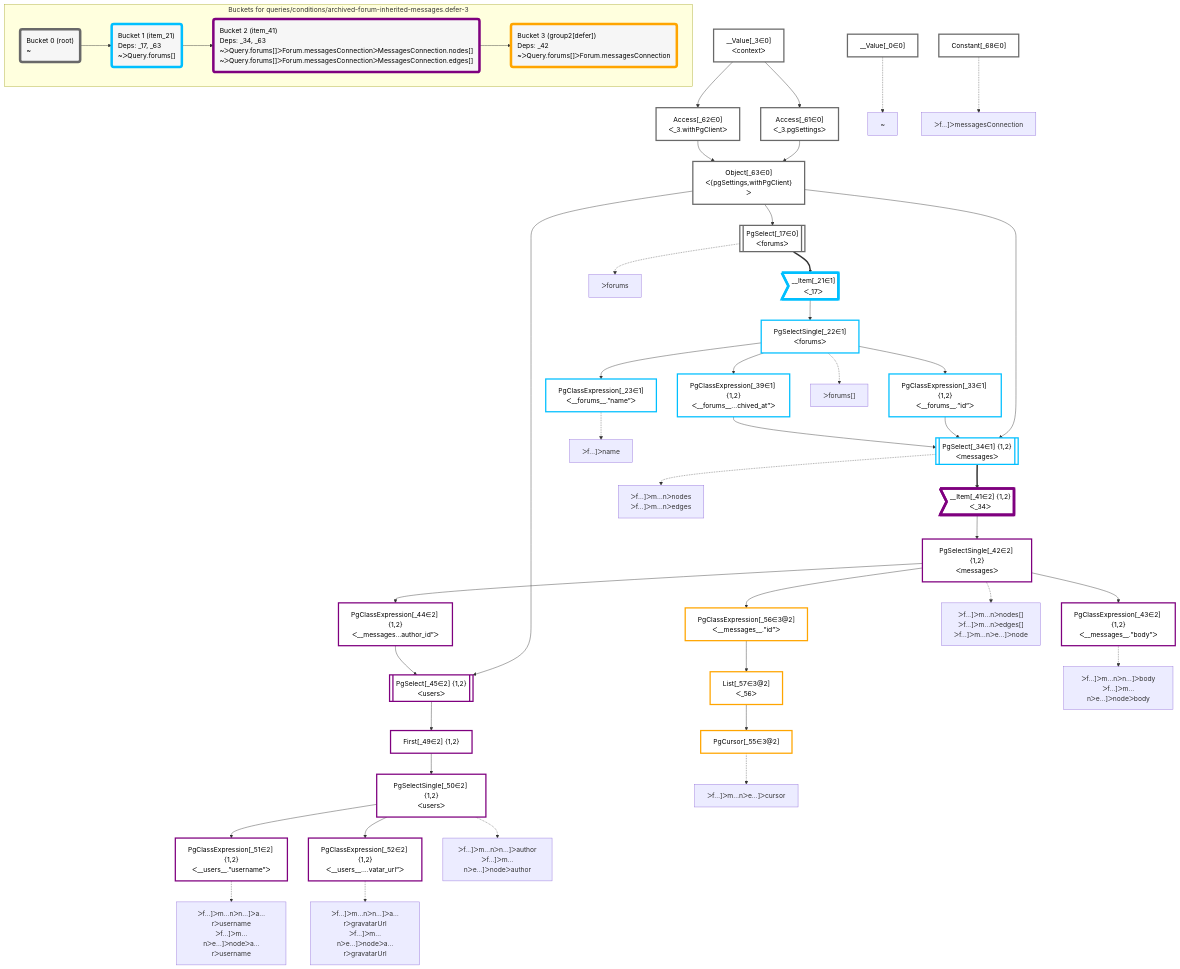
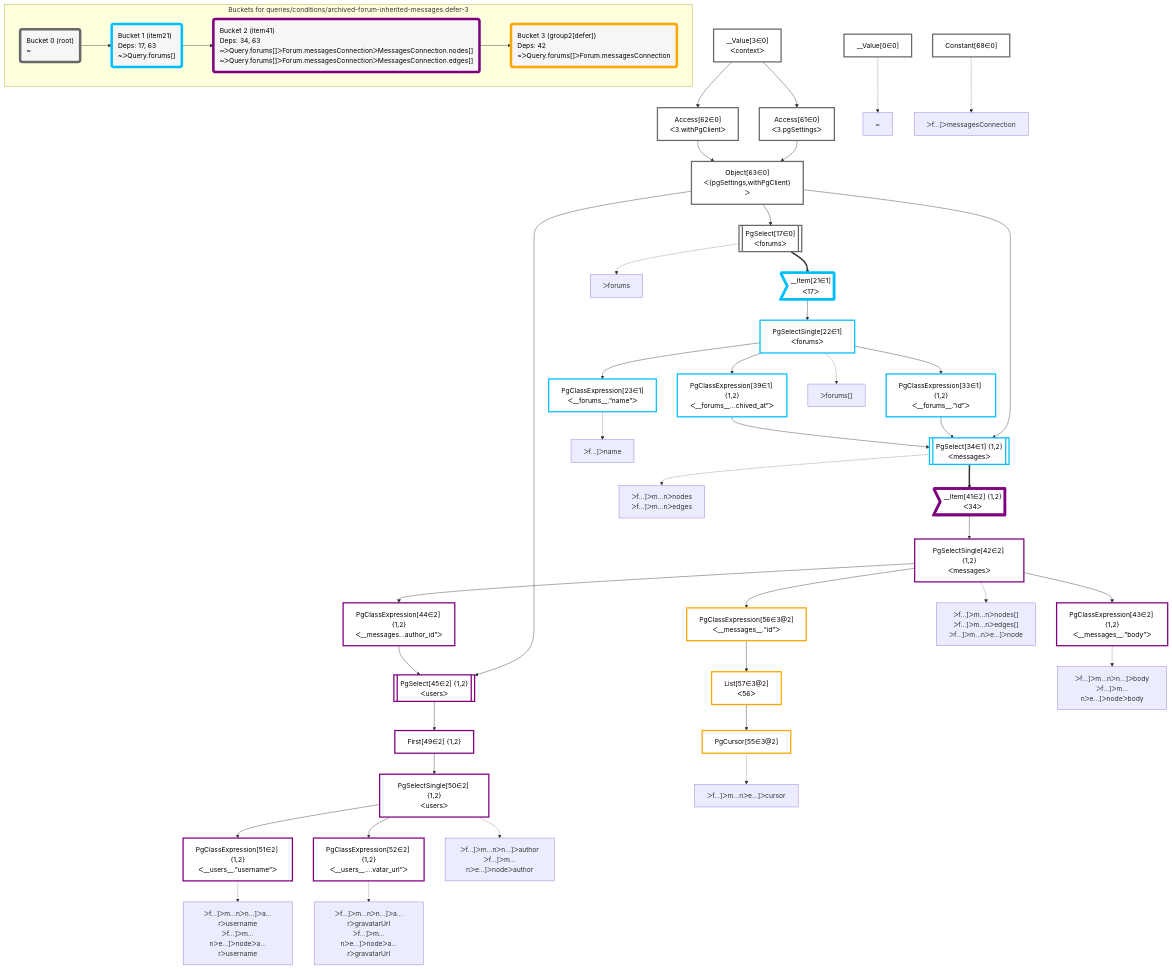
Before and after one commit to graphile/crystal: the diagram in packages/dataplan-pg/__tests__/queries/conditions/archived-forum-inherited-messages.defer-3.deopt.mermaid.md, drawn with Mermaid. The commit also changed 195 other files, not shown here.

```diff
--- a/packages/dataplan-pg/__tests__/queries/conditions/archived-forum-inherited-messages.defer-3.deopt.mermaid.md
+++ b/packages/dataplan-pg/__tests__/queries/conditions/archived-forum-inherited-messages.defer-3.deopt.mermaid.md
@@ -8,95 +8,95 @@
 
 
     %% define plans
-    __Value_0["__Value[_0∈0]"]:::plan
-    PgClassExpression_23["PgClassExpression[_23∈1]<br />ᐸ__forums__.”name”ᐳ"]:::plan
-    PgClassExpression_43["PgClassExpression[_43∈2] {1,2}<br />ᐸ__messages__.”body”ᐳ"]:::plan
-    PgClassExpression_51["PgClassExpression[_51∈2] {1,2}<br />ᐸ__users__.”username”ᐳ"]:::plan
-    PgClassExpression_52["PgClassExpression[_52∈2] {1,2}<br />ᐸ__users__....vatar_url”ᐳ"]:::plan
-    PgSelectSingle_50["PgSelectSingle[_50∈2] {1,2}<br />ᐸusersᐳ"]:::plan
-    First_49["First[_49∈2] {1,2}"]:::plan
-    PgSelect_45[["PgSelect[_45∈2] {1,2}<br />ᐸusersᐳ"]]:::plan
-    PgClassExpression_44["PgClassExpression[_44∈2] {1,2}<br />ᐸ__messages...author_id”ᐳ"]:::plan
-    PgCursor_55["PgCursor[_55∈3@2]"]:::plan
-    List_57["List[_57∈3@2]<br />ᐸ_56ᐳ"]:::plan
-    PgClassExpression_56["PgClassExpression[_56∈3@2]<br />ᐸ__messages__.”id”ᐳ"]:::plan
-    PgSelectSingle_42["PgSelectSingle[_42∈2] {1,2}<br />ᐸmessagesᐳ"]:::plan
-    __Item_41>"__Item[_41∈2] {1,2}<br />ᐸ_34ᐳ"]:::itemplan
-    PgSelect_34[["PgSelect[_34∈1] {1,2}<br />ᐸmessagesᐳ"]]:::plan
-    PgClassExpression_33["PgClassExpression[_33∈1] {1,2}<br />ᐸ__forums__.”id”ᐳ"]:::plan
-    PgClassExpression_39["PgClassExpression[_39∈1] {1,2}<br />ᐸ__forums__...chived_at”ᐳ"]:::plan
-    PgSelectSingle_22["PgSelectSingle[_22∈1]<br />ᐸforumsᐳ"]:::plan
-    __Item_21>"__Item[_21∈1]<br />ᐸ_17ᐳ"]:::itemplan
-    PgSelect_17[["PgSelect[_17∈0]<br />ᐸforumsᐳ"]]:::plan
-    Object_63["Object[_63∈0]<br />ᐸ{pgSettings,withPgClient}ᐳ"]:::plan
-    Access_61["Access[_61∈0]<br />ᐸ_3.pgSettingsᐳ"]:::plan
-    Access_62["Access[_62∈0]<br />ᐸ_3.withPgClientᐳ"]:::plan
-    __Value_3["__Value[_3∈0]<br />ᐸcontextᐳ"]:::plan
-    Constant_68["Constant[_68∈0]"]:::plan
+    __Value0["__Value[0∈0]"]:::plan
+    PgClassExpression23["PgClassExpression[23∈1]<br />ᐸ__forums__.”name”ᐳ"]:::plan
+    PgClassExpression43["PgClassExpression[43∈2] {1,2}<br />ᐸ__messages__.”body”ᐳ"]:::plan
+    PgClassExpression51["PgClassExpression[51∈2] {1,2}<br />ᐸ__users__.”username”ᐳ"]:::plan
+    PgClassExpression52["PgClassExpression[52∈2] {1,2}<br />ᐸ__users__....vatar_url”ᐳ"]:::plan
+    PgSelectSingle50["PgSelectSingle[50∈2] {1,2}<br />ᐸusersᐳ"]:::plan
+    First49["First[49∈2] {1,2}"]:::plan
+    PgSelect45[["PgSelect[45∈2] {1,2}<br />ᐸusersᐳ"]]:::plan
+    PgClassExpression44["PgClassExpression[44∈2] {1,2}<br />ᐸ__messages...author_id”ᐳ"]:::plan
+    PgCursor55["PgCursor[55∈3@2]"]:::plan
+    List57["List[57∈3@2]<br />ᐸ56ᐳ"]:::plan
+    PgClassExpression56["PgClassExpression[56∈3@2]<br />ᐸ__messages__.”id”ᐳ"]:::plan
+    PgSelectSingle42["PgSelectSingle[42∈2] {1,2}<br />ᐸmessagesᐳ"]:::plan
+    __Item41>"__Item[41∈2] {1,2}<br />ᐸ34ᐳ"]:::itemplan
+    PgSelect34[["PgSelect[34∈1] {1,2}<br />ᐸmessagesᐳ"]]:::plan
+    PgClassExpression33["PgClassExpression[33∈1] {1,2}<br />ᐸ__forums__.”id”ᐳ"]:::plan
+    PgClassExpression39["PgClassExpression[39∈1] {1,2}<br />ᐸ__forums__...chived_at”ᐳ"]:::plan
+    PgSelectSingle22["PgSelectSingle[22∈1]<br />ᐸforumsᐳ"]:::plan
+    __Item21>"__Item[21∈1]<br />ᐸ17ᐳ"]:::itemplan
+    PgSelect17[["PgSelect[17∈0]<br />ᐸforumsᐳ"]]:::plan
+    Object63["Object[63∈0]<br />ᐸ{pgSettings,withPgClient}ᐳ"]:::plan
+    Access61["Access[61∈0]<br />ᐸ3.pgSettingsᐳ"]:::plan
+    Access62["Access[62∈0]<br />ᐸ3.withPgClientᐳ"]:::plan
+    __Value3["__Value[3∈0]<br />ᐸcontextᐳ"]:::plan
+    Constant68["Constant[68∈0]"]:::plan
 
     %% plan dependencies
-    PgSelectSingle_22 --> PgClassExpression_23
-    PgSelectSingle_42 --> PgClassExpression_43
-    PgSelectSingle_50 --> PgClassExpression_51
-    PgSelectSingle_50 --> PgClassExpression_52
-    First_49 --> PgSelectSingle_50
-    PgSelect_45 --> First_49
-    Object_63 & PgClassExpression_44 --> PgSelect_45
-    PgSelectSingle_42 --> PgClassExpression_44
-    List_57 --> PgCursor_55
-    PgClassExpression_56 --> List_57
-    PgSelectSingle_42 --> PgClassExpression_56
-    __Item_41 --> PgSelectSingle_42
-    PgSelect_34 ==> __Item_41
-    Object_63 & PgClassExpression_33 & PgClassExpression_39 --> PgSelect_34
-    PgSelectSingle_22 --> PgClassExpression_33
-    PgSelectSingle_22 --> PgClassExpression_39
-    __Item_21 --> PgSelectSingle_22
-    PgSelect_17 ==> __Item_21
-    Object_63 --> PgSelect_17
-    Access_61 & Access_62 --> Object_63
-    __Value_3 --> Access_61
-    __Value_3 --> Access_62
+    PgSelectSingle22 --> PgClassExpression23
+    PgSelectSingle42 --> PgClassExpression43
+    PgSelectSingle50 --> PgClassExpression51
+    PgSelectSingle50 --> PgClassExpression52
+    First49 --> PgSelectSingle50
+    PgSelect45 --> First49
+    Object63 & PgClassExpression44 --> PgSelect45
+    PgSelectSingle42 --> PgClassExpression44
+    List57 --> PgCursor55
+    PgClassExpression56 --> List57
+    PgSelectSingle42 --> PgClassExpression56
+    __Item41 --> PgSelectSingle42
+    PgSelect34 ==> __Item41
+    Object63 & PgClassExpression33 & PgClassExpression39 --> PgSelect34
+    PgSelectSingle22 --> PgClassExpression33
+    PgSelectSingle22 --> PgClassExpression39
+    __Item21 --> PgSelectSingle22
+    PgSelect17 ==> __Item21
+    Object63 --> PgSelect17
+    Access61 & Access62 --> Object63
+    __Value3 --> Access61
+    __Value3 --> Access62
 
     %% plan-to-path relationships
-    P_0["~"]
-    __Value_0 -.-> P_0
-    P_17["ᐳforums"]
-    PgSelect_17 -.-> P_17
-    P_22["ᐳforums[]"]
-    PgSelectSingle_22 -.-> P_22
-    P_23["ᐳf…]ᐳname"]
-    PgClassExpression_23 -.-> P_23
-    P_34["ᐳf…]ᐳm…nᐳnodes<br />ᐳf…]ᐳm…nᐳedges"]
-    PgSelect_34 -.-> P_34
-    P_42["ᐳf…]ᐳm…nᐳnodes[]<br />ᐳf…]ᐳm…nᐳedges[]<br />ᐳf…]ᐳm…nᐳe…]ᐳnode"]
-    PgSelectSingle_42 -.-> P_42
-    P_43["ᐳf…]ᐳm…nᐳn…]ᐳbody<br />ᐳf…]ᐳm…nᐳe…]ᐳnodeᐳbody"]
-    PgClassExpression_43 -.-> P_43
-    P_50["ᐳf…]ᐳm…nᐳn…]ᐳauthor<br />ᐳf…]ᐳm…nᐳe…]ᐳnodeᐳauthor"]
-    PgSelectSingle_50 -.-> P_50
-    P_51["ᐳf…]ᐳm…nᐳn…]ᐳa…rᐳusername<br />ᐳf…]ᐳm…nᐳe…]ᐳnodeᐳa…rᐳusername"]
-    PgClassExpression_51 -.-> P_51
-    P_52["ᐳf…]ᐳm…nᐳn…]ᐳa…rᐳgravatarUrl<br />ᐳf…]ᐳm…nᐳe…]ᐳnodeᐳa…rᐳgravatarUrl"]
-    PgClassExpression_52 -.-> P_52
-    P_55["ᐳf…]ᐳm…nᐳe…]ᐳcursor"]
-    PgCursor_55 -.-> P_55
-    P_68["ᐳf…]ᐳmessagesConnection"]
-    Constant_68 -.-> P_68
+    P0["~"]
+    __Value0 -.-> P0
+    P17["ᐳforums"]
+    PgSelect17 -.-> P17
+    P22["ᐳforums[]"]
+    PgSelectSingle22 -.-> P22
+    P23["ᐳf…]ᐳname"]
+    PgClassExpression23 -.-> P23
+    P34["ᐳf…]ᐳm…nᐳnodes<br />ᐳf…]ᐳm…nᐳedges"]
+    PgSelect34 -.-> P34
+    P42["ᐳf…]ᐳm…nᐳnodes[]<br />ᐳf…]ᐳm…nᐳedges[]<br />ᐳf…]ᐳm…nᐳe…]ᐳnode"]
+    PgSelectSingle42 -.-> P42
+    P43["ᐳf…]ᐳm…nᐳn…]ᐳbody<br />ᐳf…]ᐳm…nᐳe…]ᐳnodeᐳbody"]
+    PgClassExpression43 -.-> P43
+    P50["ᐳf…]ᐳm…nᐳn…]ᐳauthor<br />ᐳf…]ᐳm…nᐳe…]ᐳnodeᐳauthor"]
+    PgSelectSingle50 -.-> P50
+    P51["ᐳf…]ᐳm…nᐳn…]ᐳa…rᐳusername<br />ᐳf…]ᐳm…nᐳe…]ᐳnodeᐳa…rᐳusername"]
+    PgClassExpression51 -.-> P51
+    P52["ᐳf…]ᐳm…nᐳn…]ᐳa…rᐳgravatarUrl<br />ᐳf…]ᐳm…nᐳe…]ᐳnodeᐳa…rᐳgravatarUrl"]
+    PgClassExpression52 -.-> P52
+    P55["ᐳf…]ᐳm…nᐳe…]ᐳcursor"]
+    PgCursor55 -.-> P55
+    P68["ᐳf…]ᐳmessagesConnection"]
+    Constant68 -.-> P68
 
     subgraph "Buckets for queries/conditions/archived-forum-inherited-messages.defer-3"
     Bucket0("Bucket 0 (root)<br />~"):::bucket
     classDef bucket0 stroke:#696969
-    class Bucket0,__Value_0,__Value_3,PgSelect_17,Access_61,Access_62,Object_63,Constant_68 bucket0
-    Bucket1("Bucket 1 (item_21)<br />Deps: _17, _63<br />~ᐳQuery.forums[]"):::bucket
+    class Bucket0,__Value0,__Value3,PgSelect17,Access61,Access62,Object63,Constant68 bucket0
+    Bucket1("Bucket 1 (item21)<br />Deps: 17, 63<br />~ᐳQuery.forums[]"):::bucket
     classDef bucket1 stroke:#00bfff
-    class Bucket1,__Item_21,PgSelectSingle_22,PgClassExpression_23,PgClassExpression_33,PgSelect_34,PgClassExpression_39 bucket1
-    Bucket2("Bucket 2 (item_41)<br />Deps: _34, _63<br />~ᐳQuery.forums[]ᐳForum.messagesConnectionᐳMessagesConnection.nodes[]<br />~ᐳQuery.forums[]ᐳForum.messagesConnectionᐳMessagesConnection.edges[]"):::bucket
+    class Bucket1,__Item21,PgSelectSingle22,PgClassExpression23,PgClassExpression33,PgSelect34,PgClassExpression39 bucket1
+    Bucket2("Bucket 2 (item41)<br />Deps: 34, 63<br />~ᐳQuery.forums[]ᐳForum.messagesConnectionᐳMessagesConnection.nodes[]<br />~ᐳQuery.forums[]ᐳForum.messagesConnectionᐳMessagesConnection.edges[]"):::bucket
     classDef bucket2 stroke:#7f007f
-    class Bucket2,__Item_41,PgSelectSingle_42,PgClassExpression_43,PgClassExpression_44,PgSelect_45,First_49,PgSelectSingle_50,PgClassExpression_51,PgClassExpression_52 bucket2
-    Bucket3("Bucket 3 (group2[defer])<br />Deps: _42<br />~ᐳQuery.forums[]ᐳForum.messagesConnection"):::bucket
+    class Bucket2,__Item41,PgSelectSingle42,PgClassExpression43,PgClassExpression44,PgSelect45,First49,PgSelectSingle50,PgClassExpression51,PgClassExpression52 bucket2
+    Bucket3("Bucket 3 (group2[defer])<br />Deps: 42<br />~ᐳQuery.forums[]ᐳForum.messagesConnection"):::bucket
     classDef bucket3 stroke:#ffa500
-    class Bucket3,PgCursor_55,PgClassExpression_56,List_57 bucket3
+    class Bucket3,PgCursor55,PgClassExpression56,List57 bucket3
     Bucket0 --> Bucket1
     Bucket1 --> Bucket2
     Bucket2 --> Bucket3
```
